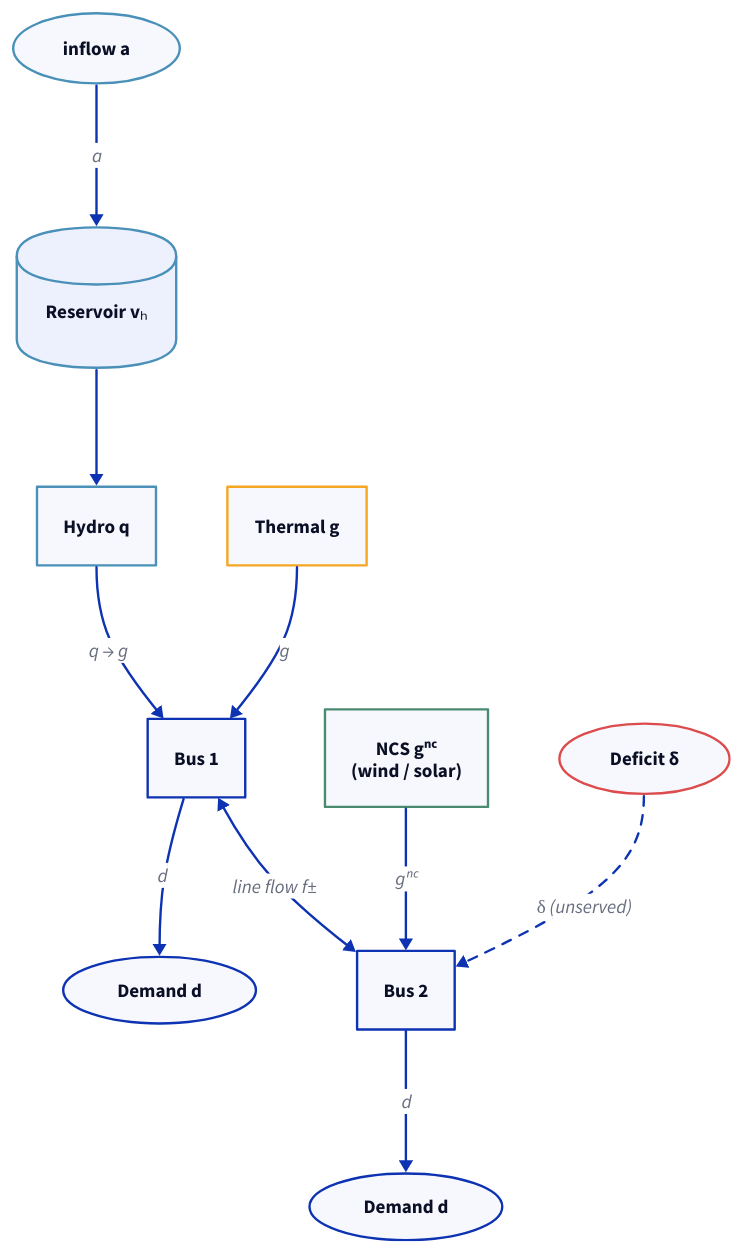
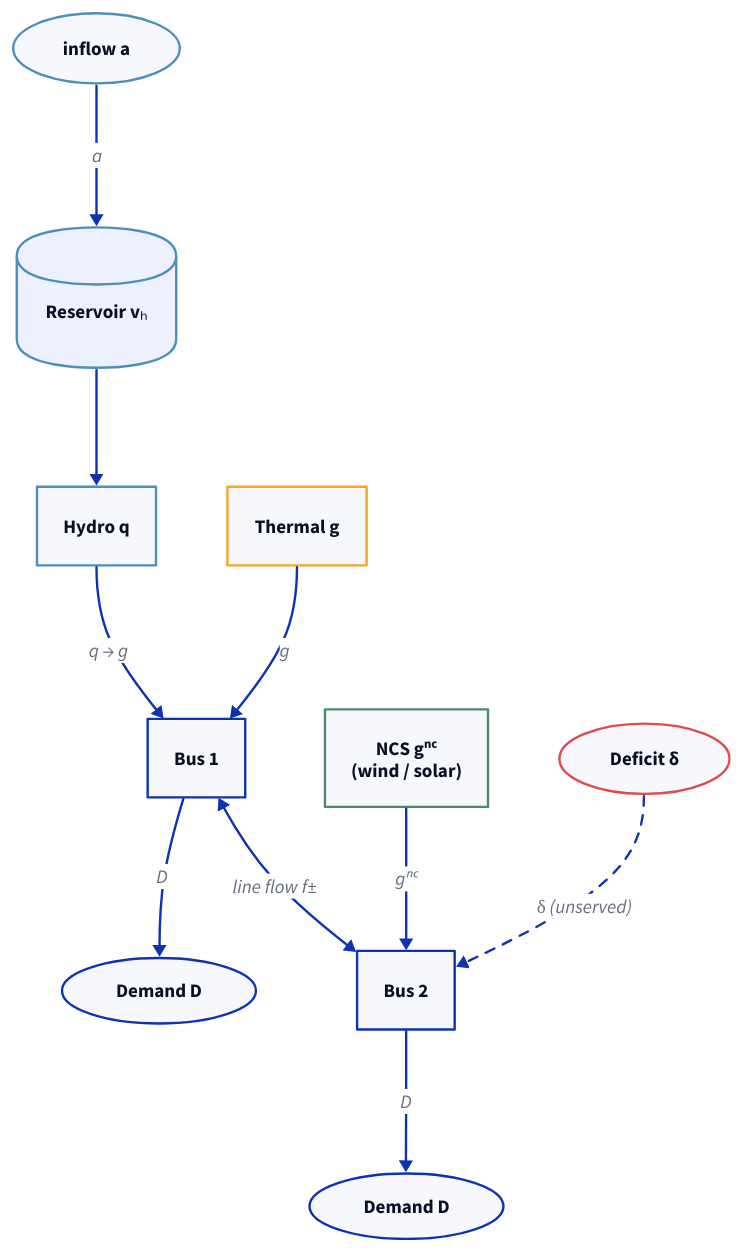
The diagram in src/content/docs/math/system-elements.mdx (cobre-rs/cobre-docs), drawn with D2 before and after one commit. The commit also changed other lines of this file and 33 other files, not shown here.

````diff
--- a/src/content/docs/math/system-elements.mdx
+++ b/src/content/docs/math/system-elements.mdx
@@ -56,36 +56,36 @@
 ```d2
 direction: down
 
 classes: {
   hydro: {style: {stroke: "#4a90b8"}}
   thermal: {style: {stroke: "#f5a623"}}
   ncs: {style: {stroke: "#4a8b6f"}}
   deficit: {style: {stroke: "#dc4c4c"}}
 }
 
 bus1: "Bus 1" {shape: rectangle}
 bus2: "Bus 2" {shape: rectangle}
 
 inflow: "inflow a" {shape: oval; class: hydro}
 reservoir: "Reservoir vₕ" {shape: cylinder; class: hydro}
 gen_h: "Hydro q" {class: hydro}
 
 gen_t: "Thermal g" {class: thermal}
 gen_v: "NCS gⁿᶜ\n(wind / solar)" {class: ncs}
 
-demand1: "Demand d" {shape: oval}
-demand2: "Demand d" {shape: oval}
+demand1: "Demand D" {shape: oval}
+demand2: "Demand D" {shape: oval}
 shed: "Deficit δ" {shape: oval; class: deficit}
 
 inflow -> reservoir: "a"
 reservoir -> gen_h
 gen_h -> bus1: "q → g"
 gen_t -> bus1: "g"
 gen_v -> bus2: "gⁿᶜ"
 
 bus1 <-> bus2: "line flow  f±"
 
-bus1 -> demand1: "d"
-bus2 -> demand2: "d"
+bus1 -> demand1: "D"
+bus2 -> demand2: "D"
 shed -> bus2: "δ (unserved)" {style.stroke-dash: 4}
 ```
````
